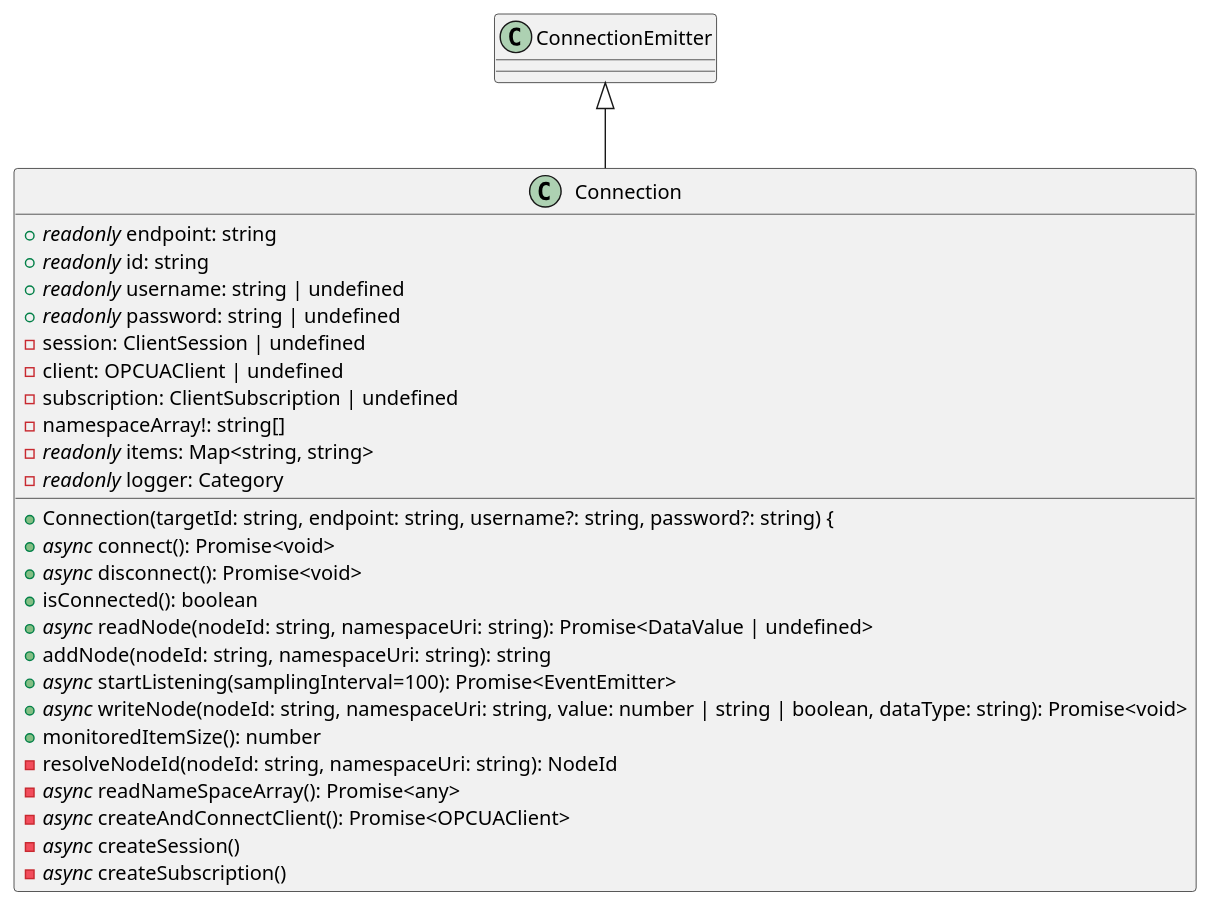
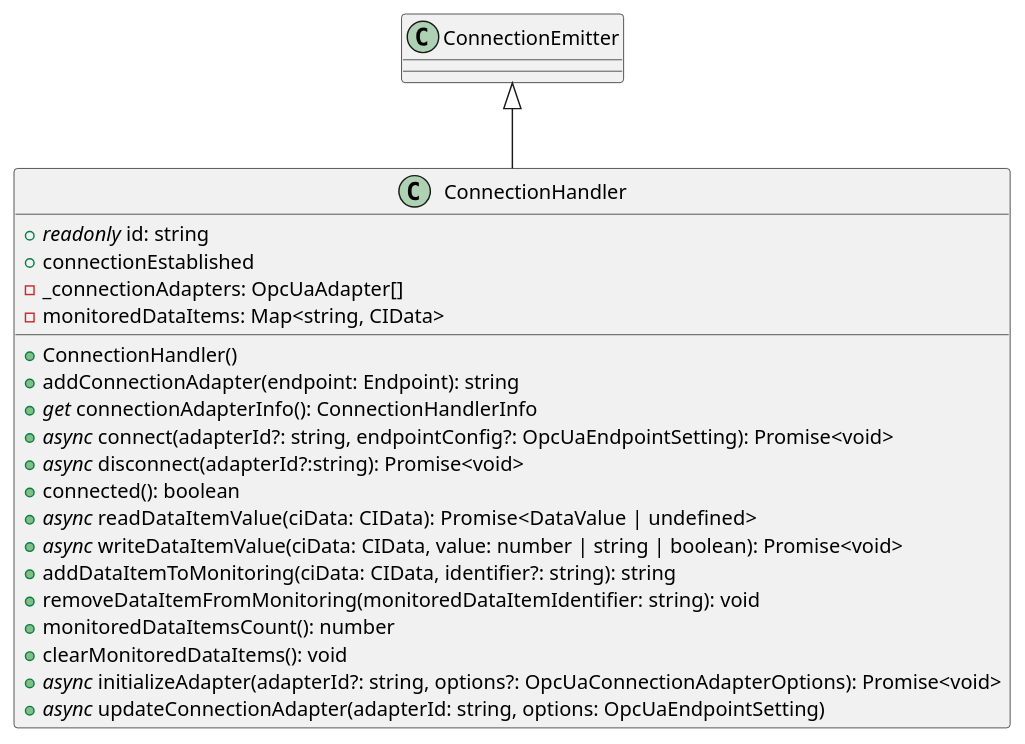
One commit to p2o-lab/polaris-backend changed the diagram in src/modularPlantManager/pea/connectionHandler/ConnectionHandler.puml. Above: the diagram before and after it, drawn with PlantUML. The commit also changed other lines of this file and 1 other file, not shown here.

Commit message:
updated puml (connectionHandler)

```diff
--- a/src/modularPlantManager/pea/connectionHandler/ConnectionHandler.puml
+++ b/src/modularPlantManager/pea/connectionHandler/ConnectionHandler.puml
@@ -26,33 +26,29 @@
 @startuml
 'https://plantuml.com/class-diagram
 
-class Connection{
-	+ //readonly// endpoint: string
-	+ //readonly// id: string
-	+ //readonly// username: string | undefined
-    + //readonly// password: string | undefined
-	- session: ClientSession | undefined
-	- client: OPCUAClient | undefined
-	- subscription: ClientSubscription | undefined
-	- namespaceArray!: string[]
-	- //readonly// items: Map<string, string>
-	- //readonly// logger: Category
+class ConnectionHandler{
 
-	+ Connection(targetId: string, endpoint: string, username?: string, password?: string) {
-	+ //async// connect(): Promise<void>
-    + //async// disconnect(): Promise<void>
-    + isConnected(): boolean
-    + //async// readNode(nodeId: string, namespaceUri: string): Promise<DataValue | undefined>
-    + addNode(nodeId: string, namespaceUri: string): string
-    + //async// startListening(samplingInterval=100): Promise<EventEmitter>
-    + //async// writeNode(nodeId: string, namespaceUri: string, value: number | string | boolean, dataType: string): Promise<void>
-    + monitoredItemSize(): number
-    - resolveNodeId(nodeId: string, namespaceUri: string): NodeId
-    - //async// readNameSpaceArray(): Promise<any>
-    - //async// createAndConnectClient(): Promise<OPCUAClient>
-    - //async// createSession()
-    - //async// createSubscription()
+    + //readonly// id: string
+    + connectionEstablished
+    - _connectionAdapters: OpcUaAdapter[]
+    - monitoredDataItems: Map<string, CIData>
+
+    + ConnectionHandler()
+    + addConnectionAdapter(endpoint: Endpoint): string
+    + //get// connectionAdapterInfo(): ConnectionHandlerInfo
+    + //async// connect(adapterId?: string, endpointConfig?: OpcUaEndpointSetting): Promise<void>
+    + //async// disconnect(adapterId?:string): Promise<void>
+    + connected(): boolean
+    + //async// readDataItemValue(ciData: CIData):  Promise<DataValue | undefined>
+    + //async// writeDataItemValue(ciData: CIData, value: number | string | boolean): Promise<void>
+    + addDataItemToMonitoring(ciData: CIData, identifier?: string): string
+    + removeDataItemFromMonitoring(monitoredDataItemIdentifier: string): void
+    + monitoredDataItemsCount(): number
+    + clearMonitoredDataItems(): void
+    + //async// initializeAdapter(adapterId?: string, options?: OpcUaConnectionAdapterOptions): Promise<void>
+    + //async// updateConnectionAdapter(adapterId: string, options: OpcUaEndpointSetting)
+
 }
-ConnectionEmitter <|-- Connection
+ConnectionEmitter <|-- ConnectionHandler
 
 @enduml
```
